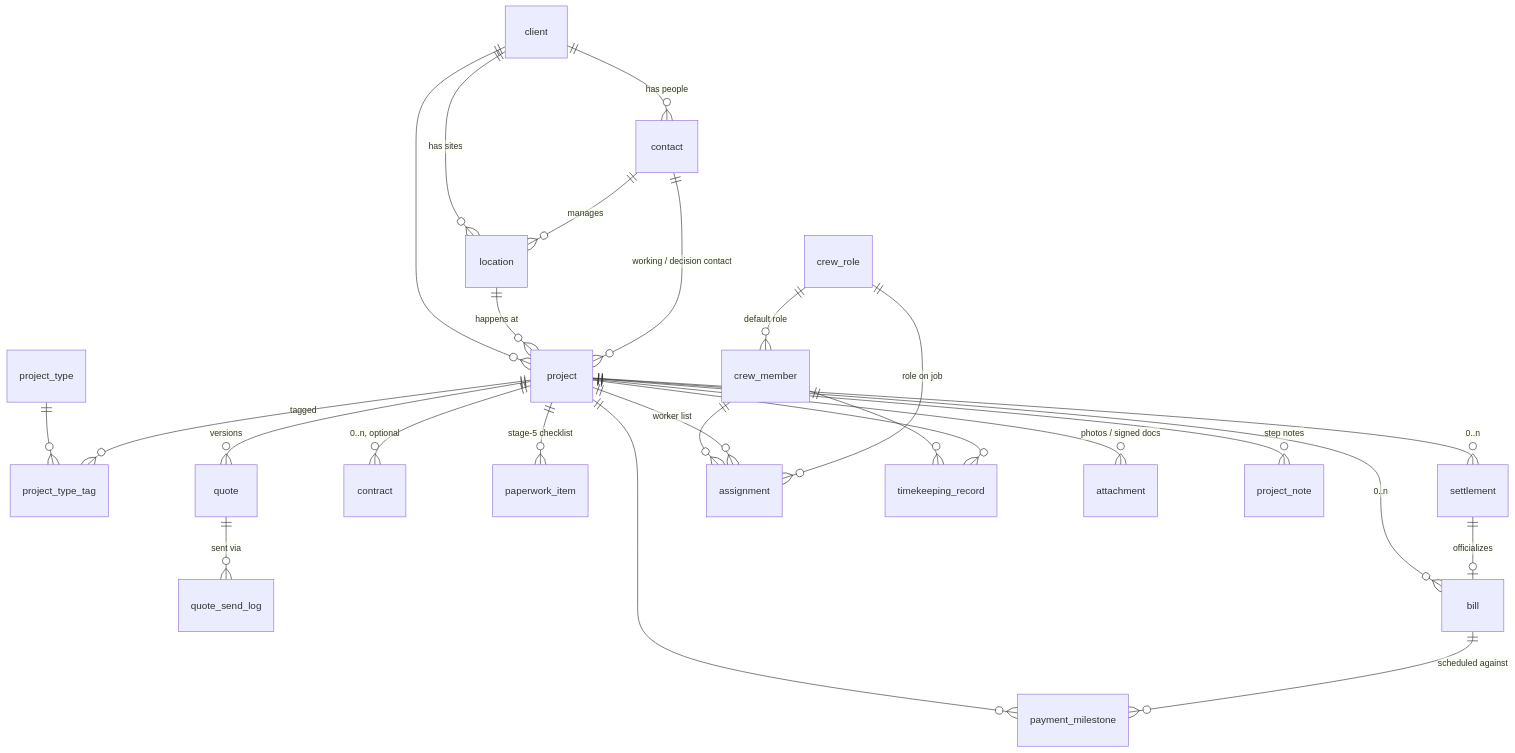
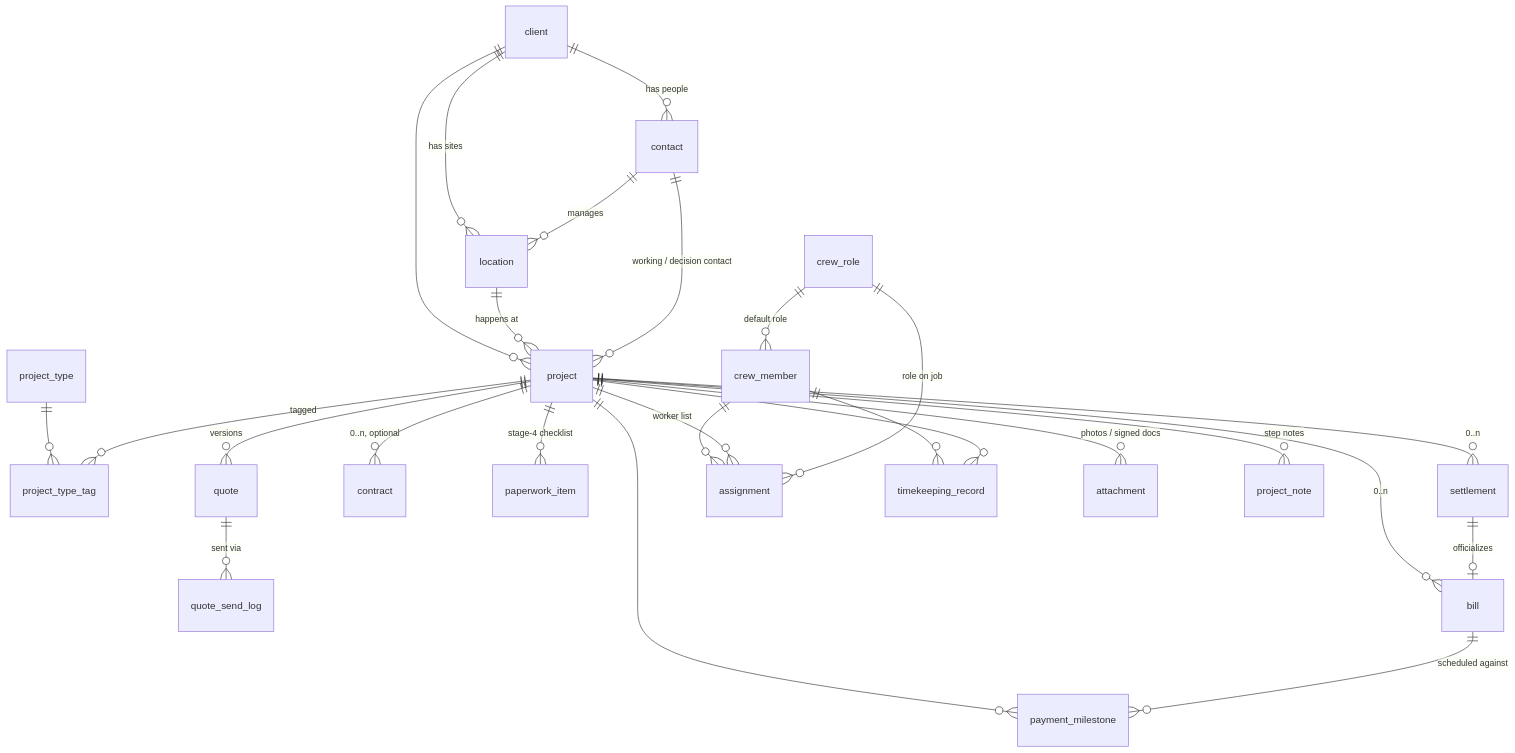
One commit to An-Y-The-Team/green-orange changed the diagram in docs/features/crm-database-schema.md. Above: the diagram before and after it, drawn with Mermaid. The commit also changed other lines of this file and 17 other files, not shown here.

````diff
--- a/docs/features/crm-database-schema.md
+++ b/docs/features/crm-database-schema.md
@@ -25,31 +45,31 @@
 ```mermaid
 erDiagram
   client ||--o{ contact : "has people"
   client ||--o{ location : "has sites"
   contact ||--o{ location : "manages"
   client ||--o{ project : ""
   location ||--o{ project : "happens at"
   contact ||--o{ project : "working / decision contact"
 
   project_type ||--o{ project_type_tag : ""
   project ||--o{ project_type_tag : "tagged"
   project ||--o{ quote : "versions"
   quote ||--o{ quote_send_log : "sent via"
   project ||--o{ contract : "0..n, optional"
-  project ||--o{ paperwork_item : "stage-5 checklist"
+  project ||--o{ paperwork_item : "stage-4 checklist"
   project ||--o{ settlement : "0..n"
   project ||--o{ bill : "0..n"
   settlement ||--o| bill : "officializes"
   project ||--o{ payment_milestone : ""
   bill ||--o{ payment_milestone : "scheduled against"
 
   crew_role ||--o{ crew_member : "default role"
   crew_member ||--o{ assignment : ""
   project ||--o{ assignment : "worker list"
   crew_role ||--o{ assignment : "role on job"
   crew_member ||--o{ timekeeping_record : ""
   project ||--o{ timekeeping_record : ""
 
   project ||--o{ attachment : "photos / signed docs"
   project ||--o{ project_note : "step notes"
 ```
````
